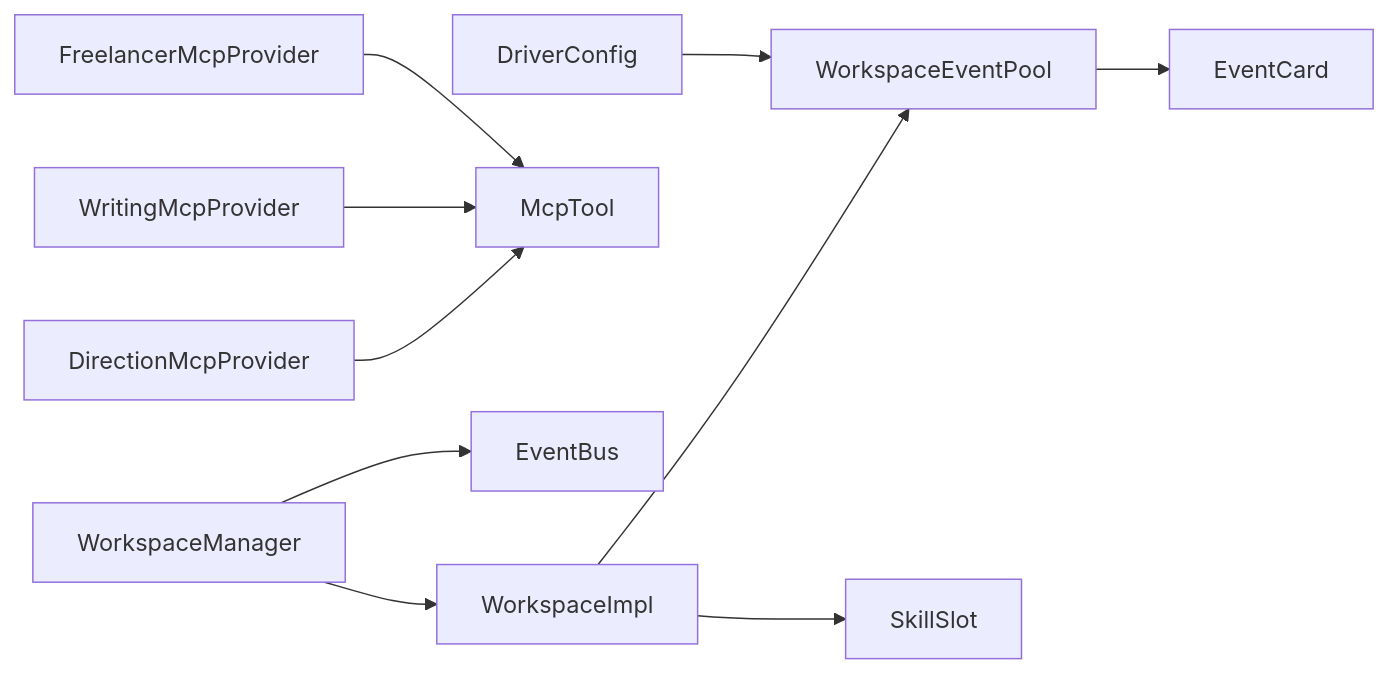
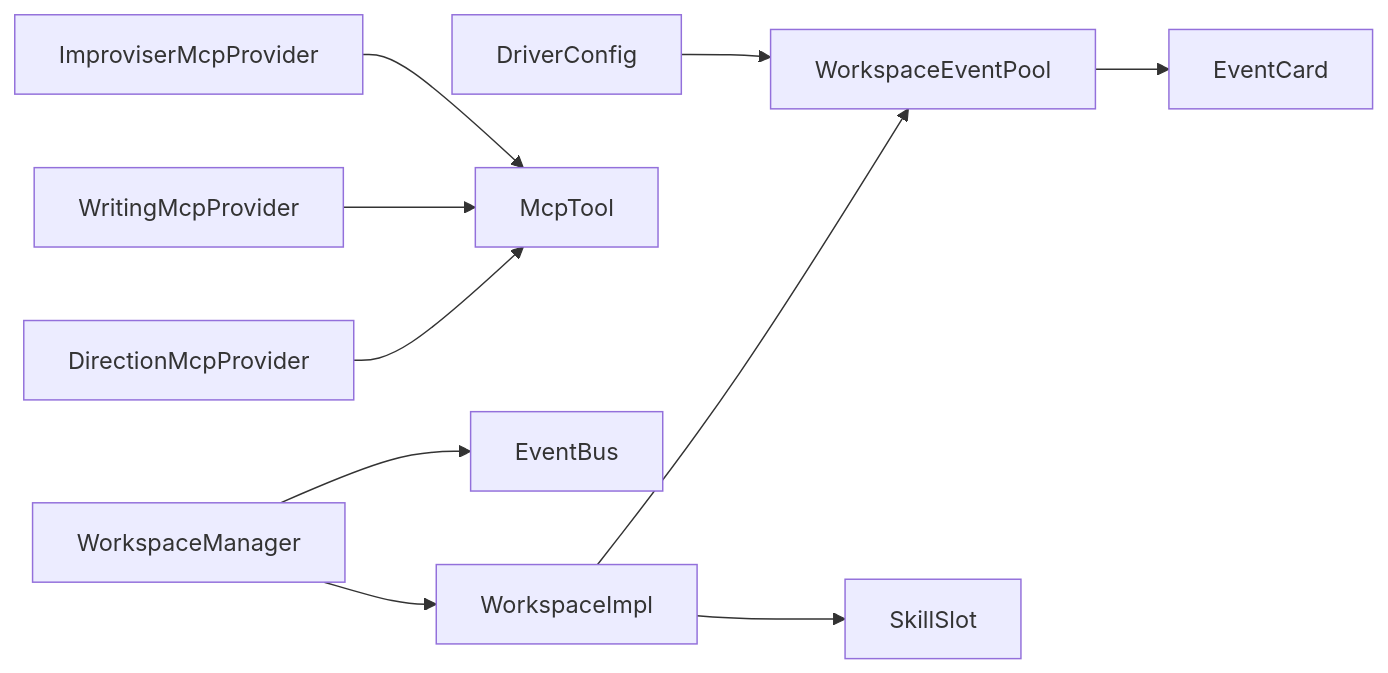
Before and after one commit to suzvka/RimLife: the eighth of 8 diagrams in .qoder/repowiki/zh/content/智能叙事系统/智能叙事系统.md, drawn with Mermaid. The commit also changed other lines of this file and 26 other files, not shown here.

````diff
--- a/.qoder/repowiki/zh/content/智能叙事系统/智能叙事系统.md
+++ b/.qoder/repowiki/zh/content/智能叙事系统/智能叙事系统.md
@@ -363,12 +375,12 @@
 ```mermaid
 graph LR
 WM["WorkspaceManager"] --> WI["WorkspaceImpl"]
 WI --> ES["WorkspaceEventPool"]
 WI --> SK["SkillSlot"]
 DIR["DirectionMcpProvider"] --> MCPT["McpTool"]
 SCR["WritingMcpProvider"] --> MCPT
-FRE["FreelancerMcpProvider"] --> MCPT
+IMP["ImproviserMcpProvider"] --> MCPT
 ES --> EVT["EventCard"]
 WM --> BUS["EventBus"]
 CFG["DriverConfig"] --> ES
 ```
````
